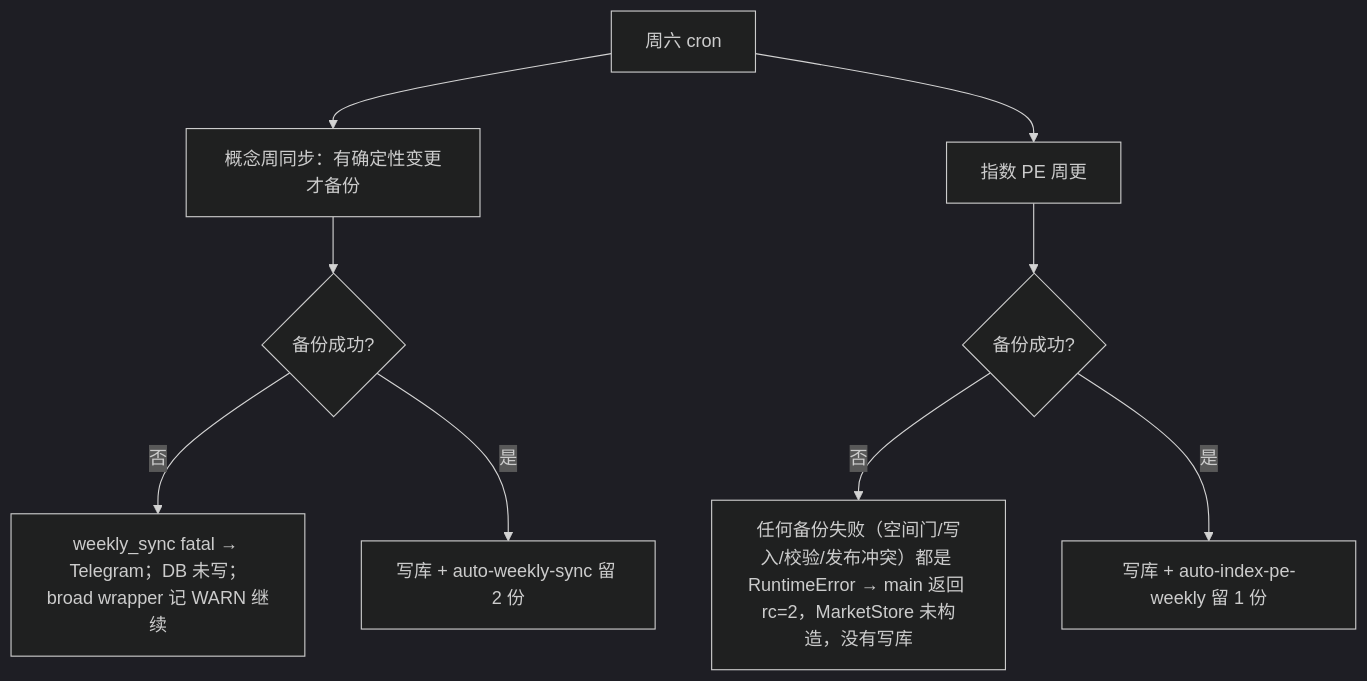
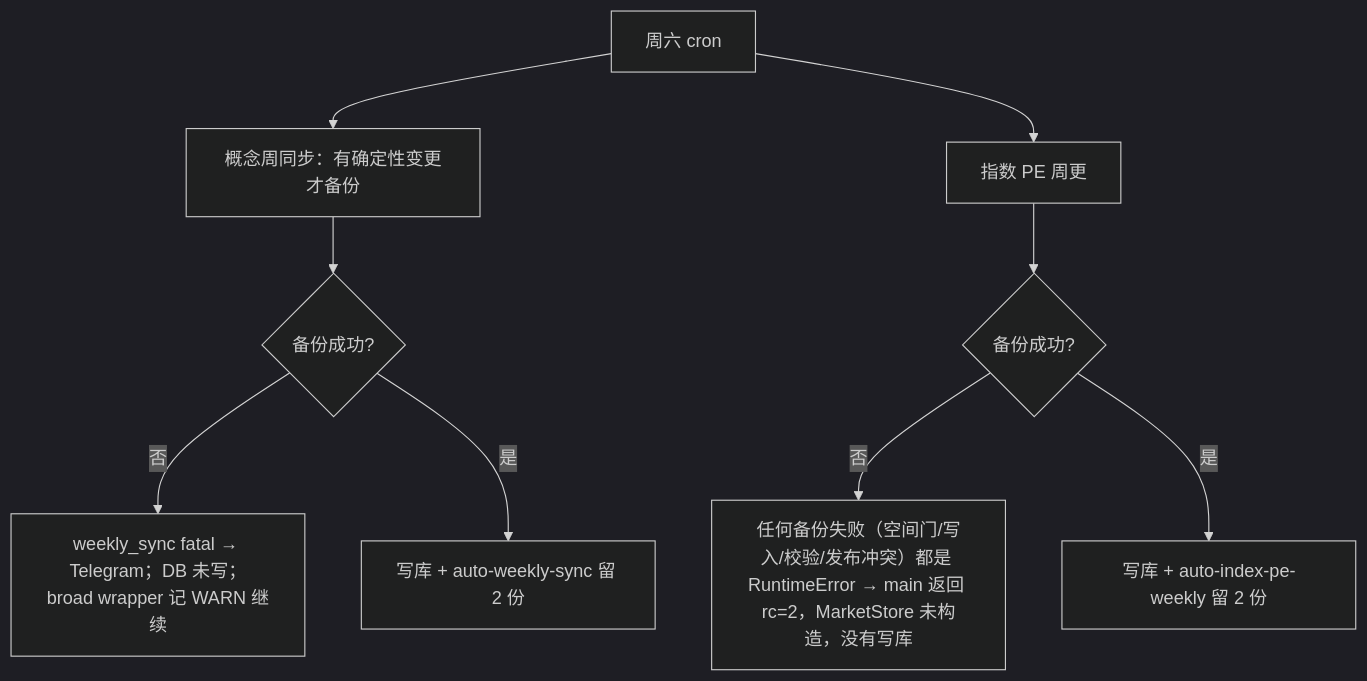
One commit to owenliang60-ship-it/finance changed the second of 2 diagrams in docs/plans/2026-09-26-m0-backup-retention.md. Above: the diagram before and after it, drawn with Mermaid (dark theme). The commit also changed other lines of this file and 2 other files, not shown here.

First line of the commit message:
fix(backup): keep 2 scheduled index-PE backups

````diff
--- a/docs/plans/2026-09-26-m0-backup-retention.md
+++ b/docs/plans/2026-09-26-m0-backup-retention.md
@@ -32,9 +32,9 @@
 ```mermaid
 flowchart TD
   S["周六 cron"] --> A["概念周同步：有确定性变更才备份"] --> A2{"备份成功?"}
   A2 -- 否 --> T1["weekly_sync fatal → Telegram；DB 未写；broad wrapper 记 WARN 继续"]
   A2 -- 是 --> A3["写库 + auto-weekly-sync 留 2 份"]
   S --> C["指数 PE 周更"] --> C2{"备份成功?"}
   C2 -- 否 --> T2["任何备份失败（空间门/写入/校验/发布冲突）都是 RuntimeError → main 返回 rc=2，MarketStore 未构造，没有写库"]
-  C2 -- 是 --> C3["写库 + auto-index-pe-weekly 留 1 份"]
+  C2 -- 是 --> C3["写库 + auto-index-pe-weekly 留 2 份"]
 ```
````
